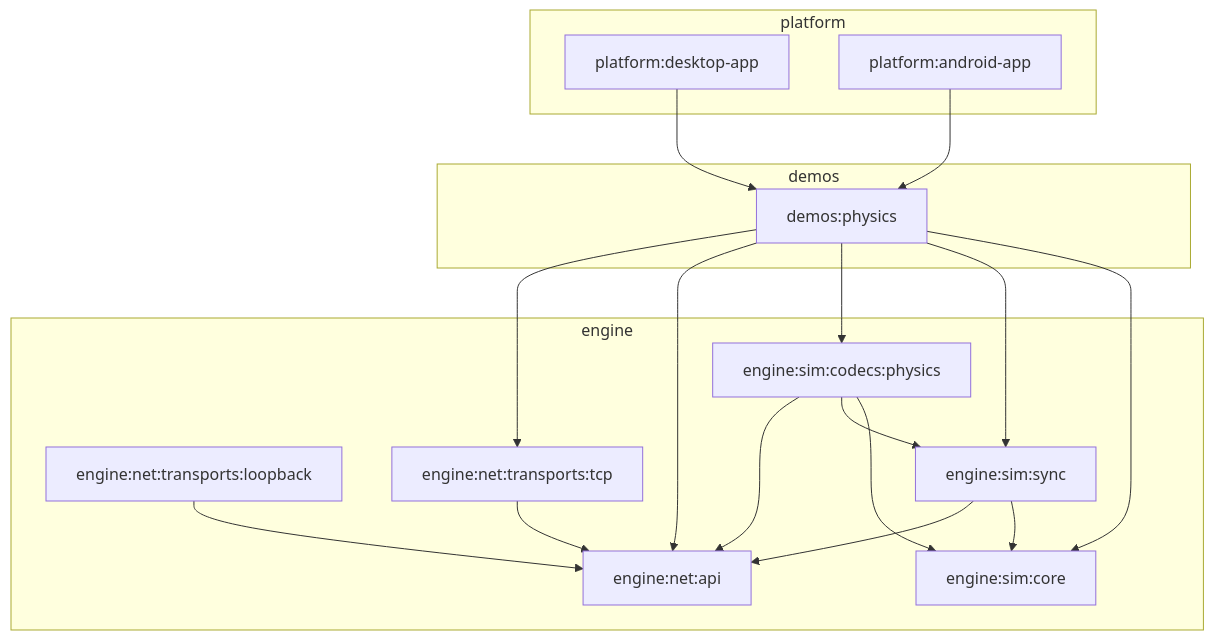
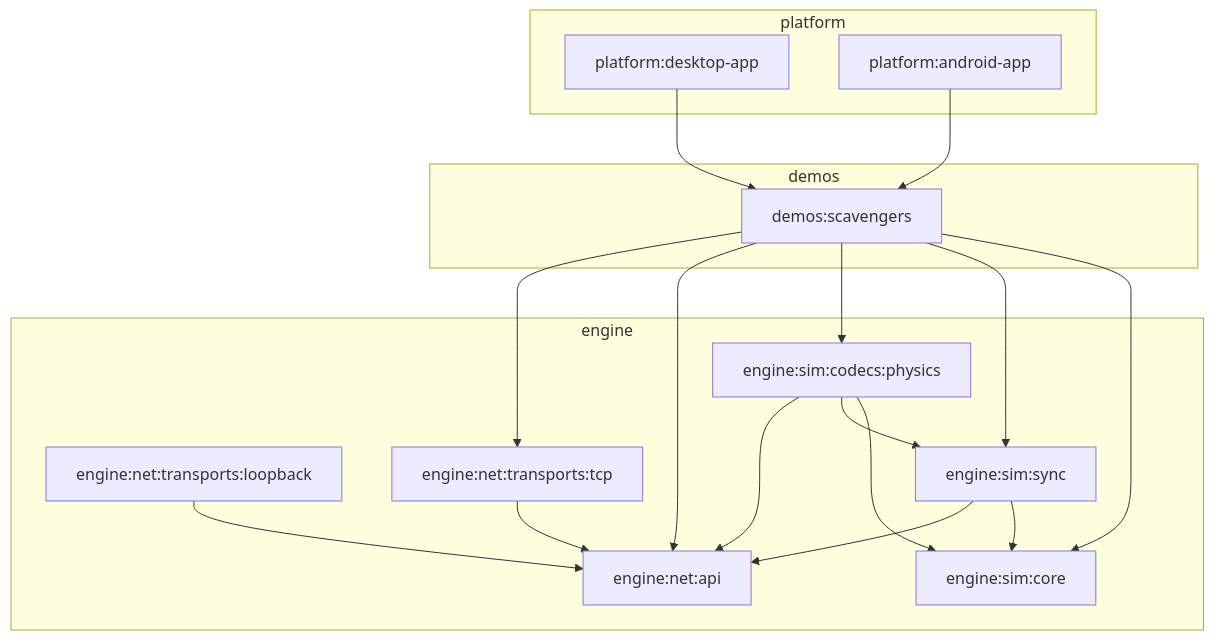
Before and after one commit to stuartorchard8/Emerge: the diagram in README.md, drawn with Mermaid. The commit also changed other lines of this file and 35 other files, not shown here.

First line of the commit message:
scavengers: rename :demos:physics → :demos:scavengers

````diff
--- a/README.md
+++ b/README.md
@@ -36,38 +37,38 @@
 ```mermaid
 graph TD
   subgraph engine
     net_api[engine:net:api]
     net_loop[engine:net:transports:loopback]
     net_tcp[engine:net:transports:tcp]
     sim_core[engine:sim:core]
     sim_sync[engine:sim:sync]
     sim_codec_phys[engine:sim:codecs:physics]
   end
 
   subgraph demos
-    demo_phys[demos:physics]
+    demo_scav[demos:scavengers]
   end
 
   subgraph platform
     desktop[platform:desktop-app]
     android[platform:android-app]
   end
 
   net_loop --> net_api
   net_tcp --> net_api
 
   sim_sync --> sim_core
   sim_sync --> net_api
   sim_codec_phys --> sim_core
   sim_codec_phys --> sim_sync
   sim_codec_phys --> net_api
 
-  demo_phys --> sim_core
-  demo_phys --> sim_sync
-  demo_phys --> sim_codec_phys
-  demo_phys --> net_api
-  demo_phys --> net_tcp
+  demo_scav --> sim_core
+  demo_scav --> sim_sync
+  demo_scav --> sim_codec_phys
+  demo_scav --> net_api
+  demo_scav --> net_tcp
 
-  desktop --> demo_phys
-  android --> demo_phys
+  desktop --> demo_scav
+  android --> demo_scav
 ```
````
